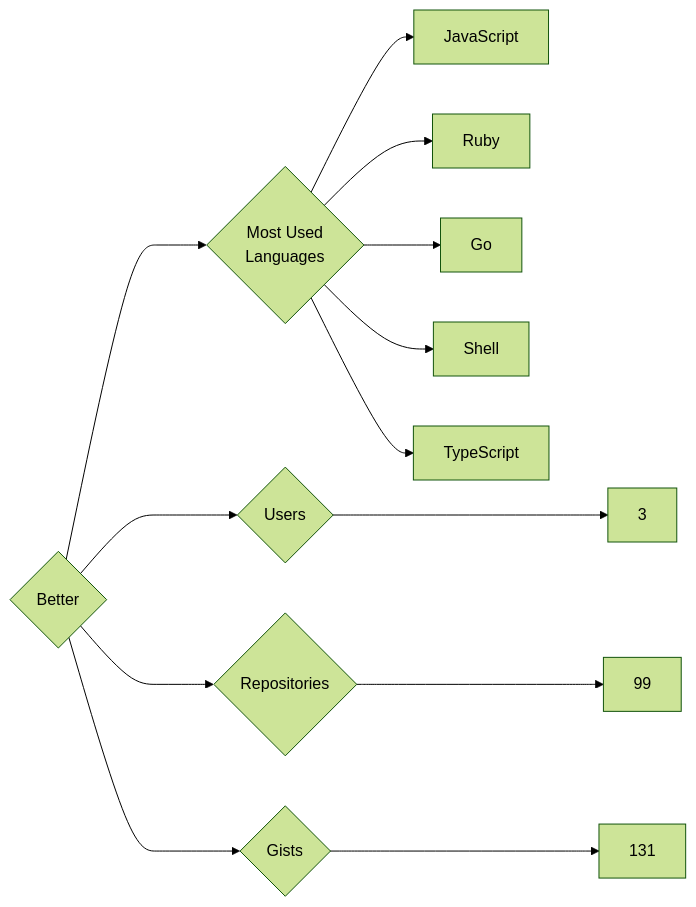
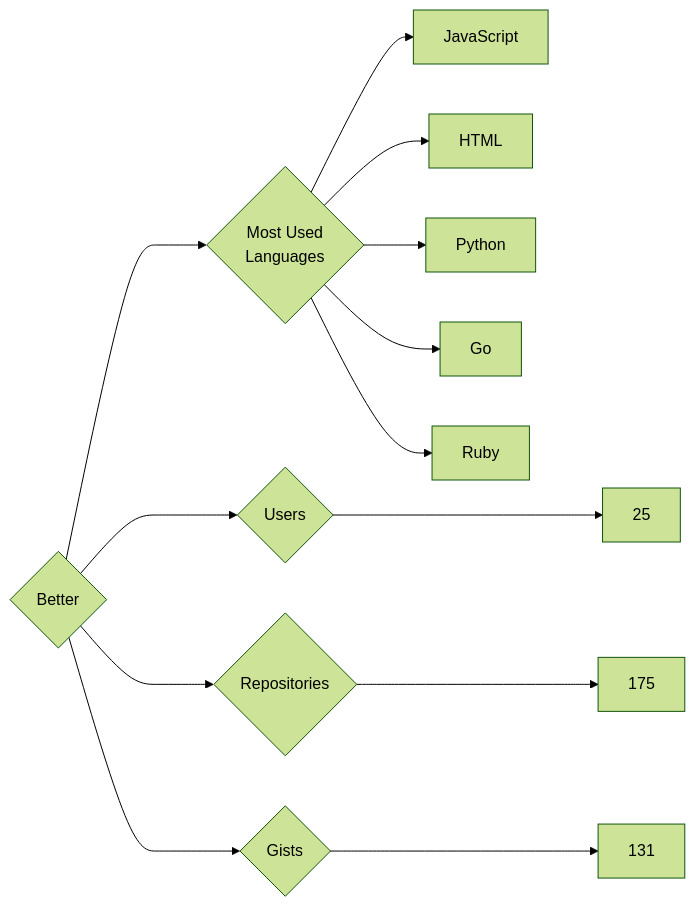
Before and after one commit to trickest/insiders: the diagram in targets/Better/README.md, drawn with Mermaid (forest theme). The commit also changed 872 other files, not shown here.

````diff
--- a/targets/Better/README.md
+++ b/targets/Better/README.md
@@ -3,13 +3,13 @@
 ```mermaid
 graph LR
 COMPANY_NAME{Better}
-COMPANY_NAME ---> U{Users} ---> UN[3]
-COMPANY_NAME ---> R{Repositories} ---> RN[99]
+COMPANY_NAME ---> U{Users} ---> UN[25]
+COMPANY_NAME ---> R{Repositories} ---> RN[175]
 COMPANY_NAME ---> G{Gists} ---> GN[131]
 COMPANY_NAME ---> ML{Most Used<br>Languages}
 ML --> JavaScript[JavaScript]
+ML --> HTML[HTML]
+ML --> Python[Python]
+ML --> Go[Go]
 ML --> Ruby[Ruby]
-ML --> Go[Go]
-ML --> Shell[Shell]
-ML --> TypeScript[TypeScript]
 ```
````
